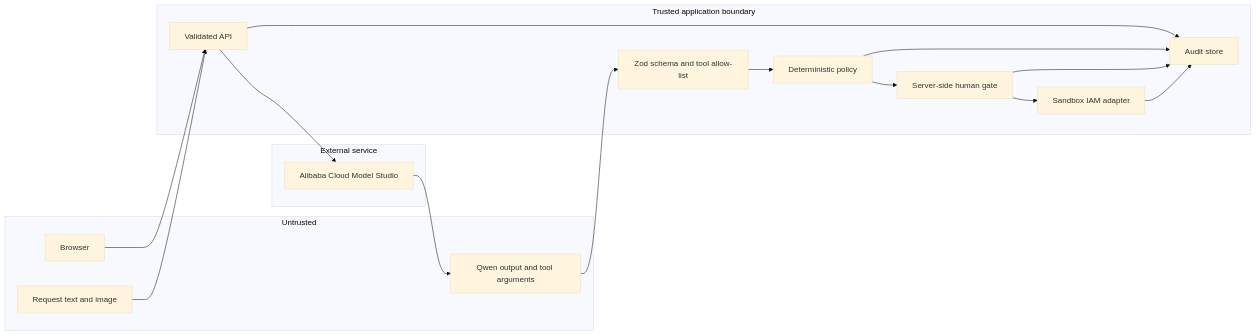
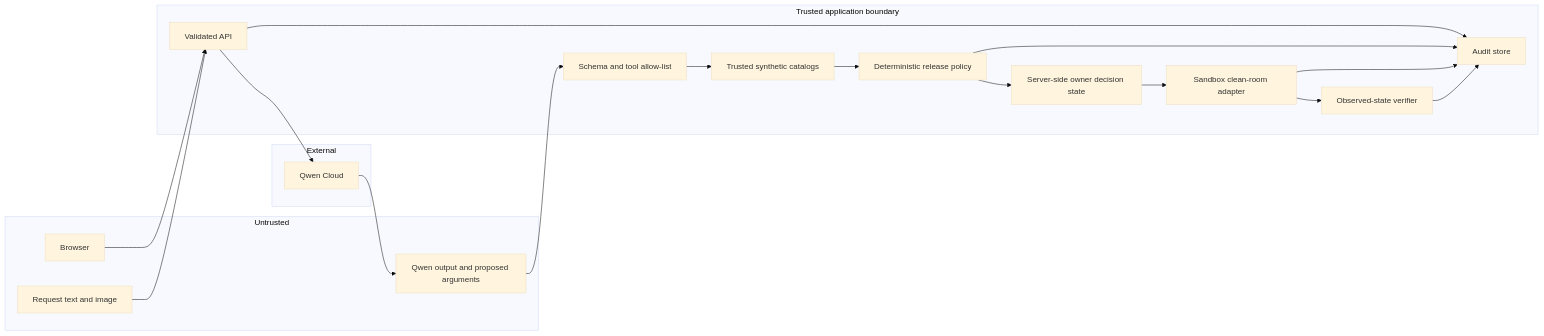
The diagram in docs/security.md (xiaodouzi666/releaseproof), drawn with Mermaid (base theme) before and after one commit. The commit also changed other lines of this file and 70 other files, not shown here.

````diff
--- a/docs/security.md
+++ b/docs/security.md
@@ -31,34 +38,38 @@
-```mermaid
+~~~mermaid
 flowchart LR
     subgraph U[Untrusted]
-      B[Browser]
+      Browser[Browser]
       Input[Request text and image]
-      Output[Qwen output and tool arguments]
+      Model[Qwen output and proposed arguments]
     end
 
-    subgraph A[Trusted application boundary]
+    subgraph T[Trusted application boundary]
       API[Validated API]
-      Schema[Zod schema and tool allow-list]
-      Policy[Deterministic policy]
-      Gate[Server-side human gate]
-      Adapter[Sandbox IAM adapter]
+      Schema[Schema and tool allow-list]
+      Catalog[Trusted synthetic catalogs]
+      Policy[Deterministic release policy]
+      Owner[Server-side owner decision state]
+      Adapter[Sandbox clean-room adapter]
+      Verify[Observed-state verifier]
       Audit[Audit store]
     end
 
-    subgraph E[External service]
-      Q[Alibaba Cloud Model Studio]
+    subgraph E[External]
+      Qwen[Qwen Cloud]
     end
 
-    B --> API
+    Browser --> API
     Input --> API
-    API --> Q
-    Q --> Output
-    Output --> Schema
-    Schema --> Policy
-    Policy --> Gate
-    Gate --> Adapter
+    API --> Qwen
+    Qwen --> Model
+    Model --> Schema
+    Schema --> Catalog
+    Catalog --> Policy
+    Policy --> Owner
+    Owner --> Adapter
+    Adapter --> Verify
     API --> Audit
     Policy --> Audit
-    Gate --> Audit
     Adapter --> Audit
-```
+    Verify --> Audit
+~~~
````
